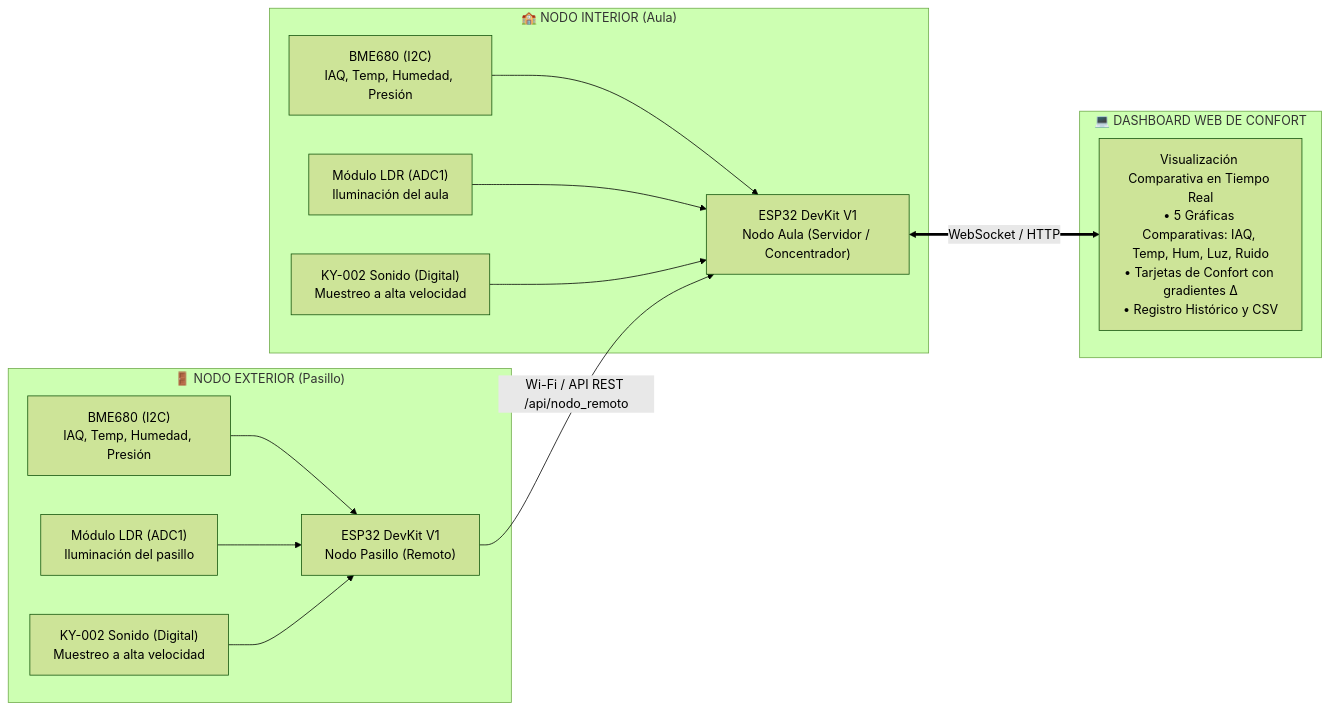
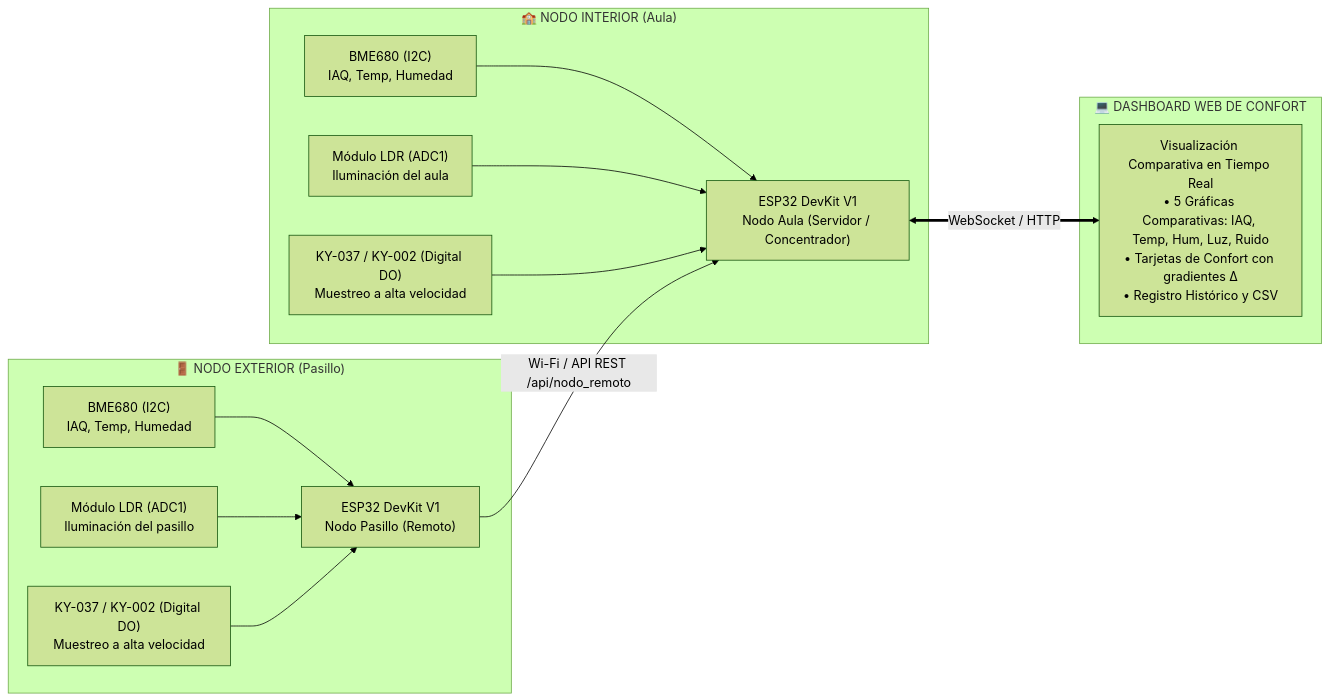
Before and after one commit to JuanMartin-Cruz/ESP32-grupo-1-Etapa2: the diagram in readme_etapa2.md, drawn with Mermaid (forest theme). The commit also changed other lines of this file and 21 other files, not shown here.

````diff
--- a/readme_etapa2.md
+++ b/readme_etapa2.md
@@ -22,29 +22,29 @@
 ```mermaid
 flowchart LR
     subgraph AULA["🏫 NODO INTERIOR (Aula)"]
         ESP1["ESP32 DevKit V1<br/>Nodo Aula (Servidor / Concentrador)"]
-        BME1["BME680 (I2C)<br/>IAQ, Temp, Humedad, Presión"]
+        BME1["BME680 (I2C)<br/>IAQ, Temp, Humedad"]
         LDR1["Módulo LDR (ADC1)<br/>Iluminación del aula"]
-        SON1["KY-002 Sonido (Digital)<br/>Muestreo a alta velocidad"]
+        SON1["KY-037 / KY-002 (Digital DO)<br/>Muestreo a alta velocidad"]
         BME1 --> ESP1
         LDR1 --> ESP1
         SON1 --> ESP1
     end
 
     subgraph PASILLO["🚪 NODO EXTERIOR (Pasillo)"]
         ESP2["ESP32 DevKit V1<br/>Nodo Pasillo (Remoto)"]
-        BME2["BME680 (I2C)<br/>IAQ, Temp, Humedad, Presión"]
+        BME2["BME680 (I2C)<br/>IAQ, Temp, Humedad"]
         LDR2["Módulo LDR (ADC1)<br/>Iluminación del pasillo"]
-        SON2["KY-002 Sonido (Digital)<br/>Muestreo a alta velocidad"]
+        SON2["KY-037 / KY-002 (Digital DO)<br/>Muestreo a alta velocidad"]
         BME2 --> ESP2
         LDR2 --> ESP2
         SON2 --> ESP2
     end
 
     subgraph DASHBOARD["💻 DASHBOARD WEB DE CONFORT"]
         PANEL["Visualización Comparativa en Tiempo Real<br/>• 5 Gráficas Comparativas: IAQ, Temp, Hum, Luz, Ruido<br/>• Tarjetas de Confort con gradientes Δ<br/>• Registro Histórico y CSV"]
     end
 
     ESP2 -- Wi-Fi / API REST /api/nodo_remoto --> ESP1
     ESP1 <== WebSocket / HTTP ==> PANEL
 ```
````
